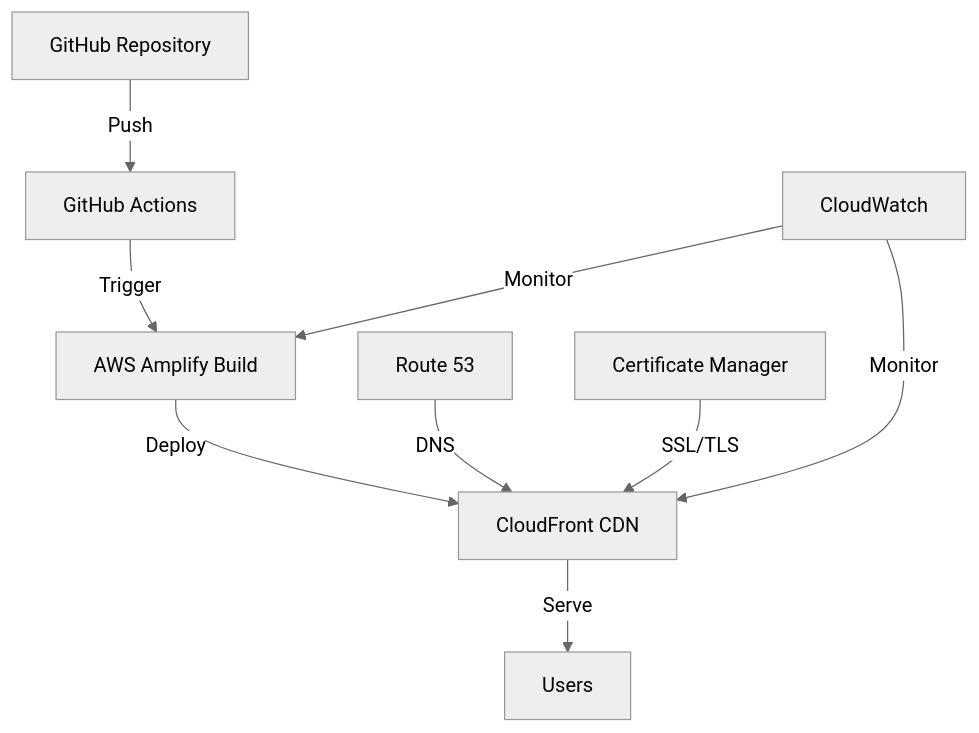
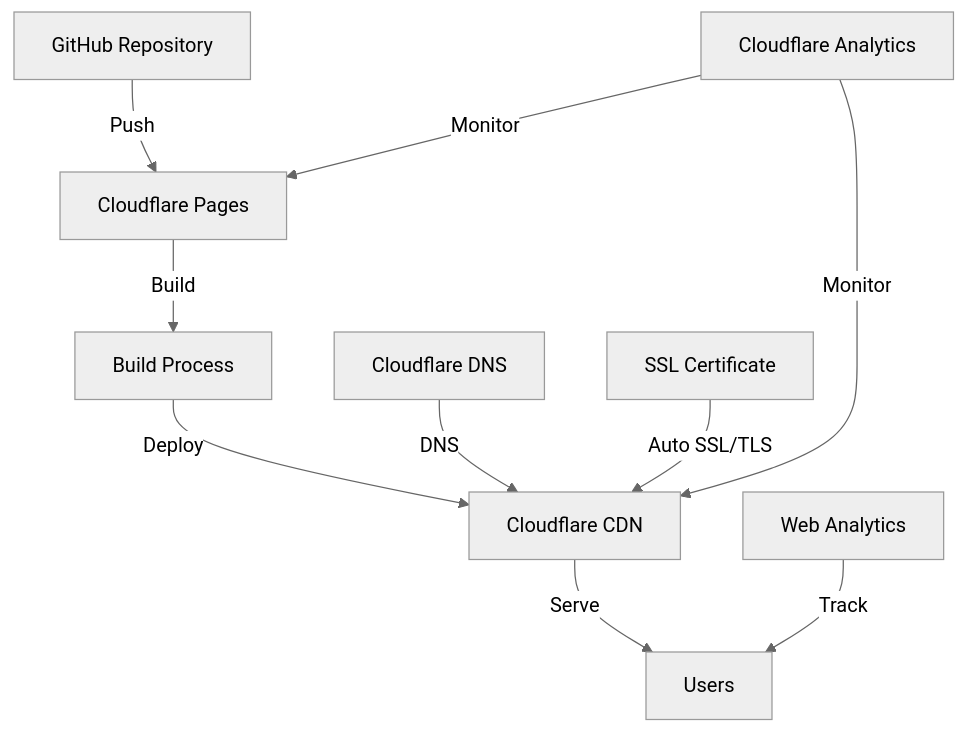
The diagram in README.md (ridwansukri/ridwansukri.com), drawn with Mermaid (neutral theme) before and after one commit. The commit also changed other lines of this file and 7 other files, not shown here.

````diff
--- a/README.md
+++ b/README.md
@@ -37,12 +37,13 @@
 ```mermaid
 graph TD
-    A[GitHub Repository] -->|Push| B[GitHub Actions]
-    B -->|Trigger| C[AWS Amplify Build]
-    C -->|Deploy| D[CloudFront CDN]
+    A[GitHub Repository] -->|Push| B[Cloudflare Pages]
+    B -->|Build| C[Build Process]
+    C -->|Deploy| D[Cloudflare CDN]
     D -->|Serve| E[Users]
     
-    F[Route 53] -->|DNS| D
-    G[Certificate Manager] -->|SSL/TLS| D
-    H[CloudWatch] -->|Monitor| C
+    F[Cloudflare DNS] -->|DNS| D
+    G[SSL Certificate] -->|Auto SSL/TLS| D
+    H[Cloudflare Analytics] -->|Monitor| B
     H -->|Monitor| D
+    I[Web Analytics] -->|Track| E
 ```
````
